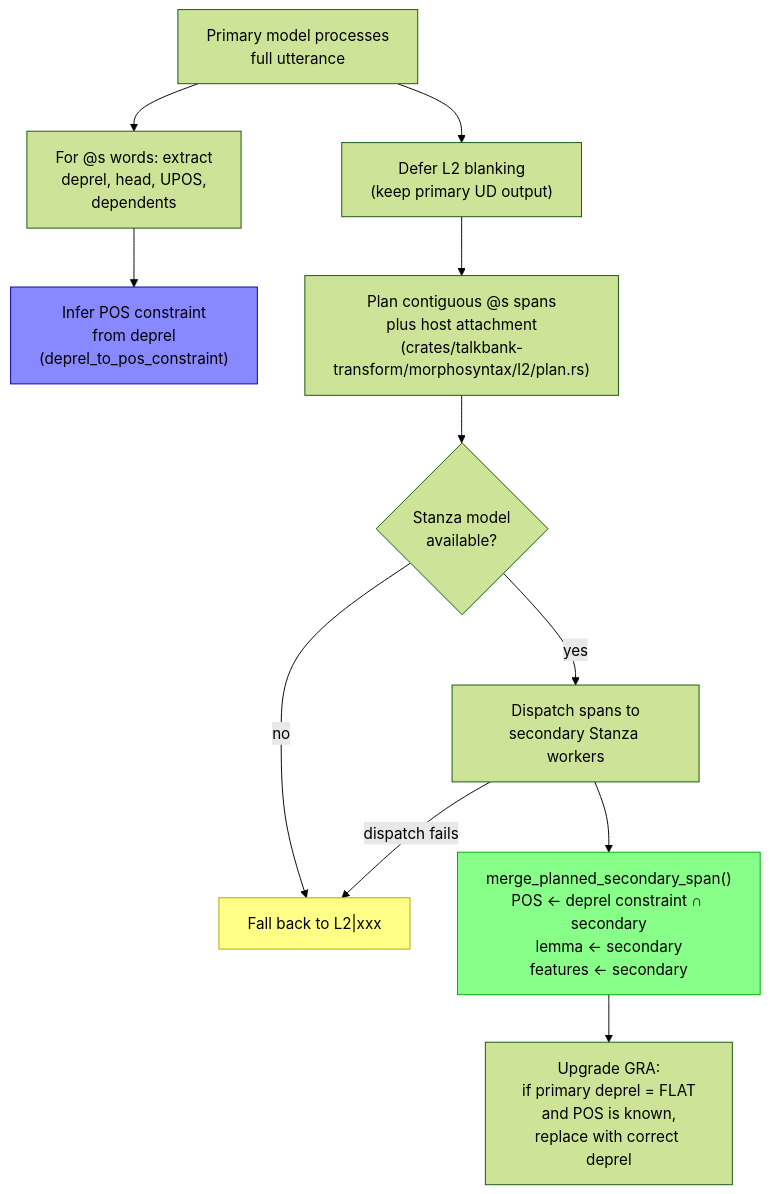
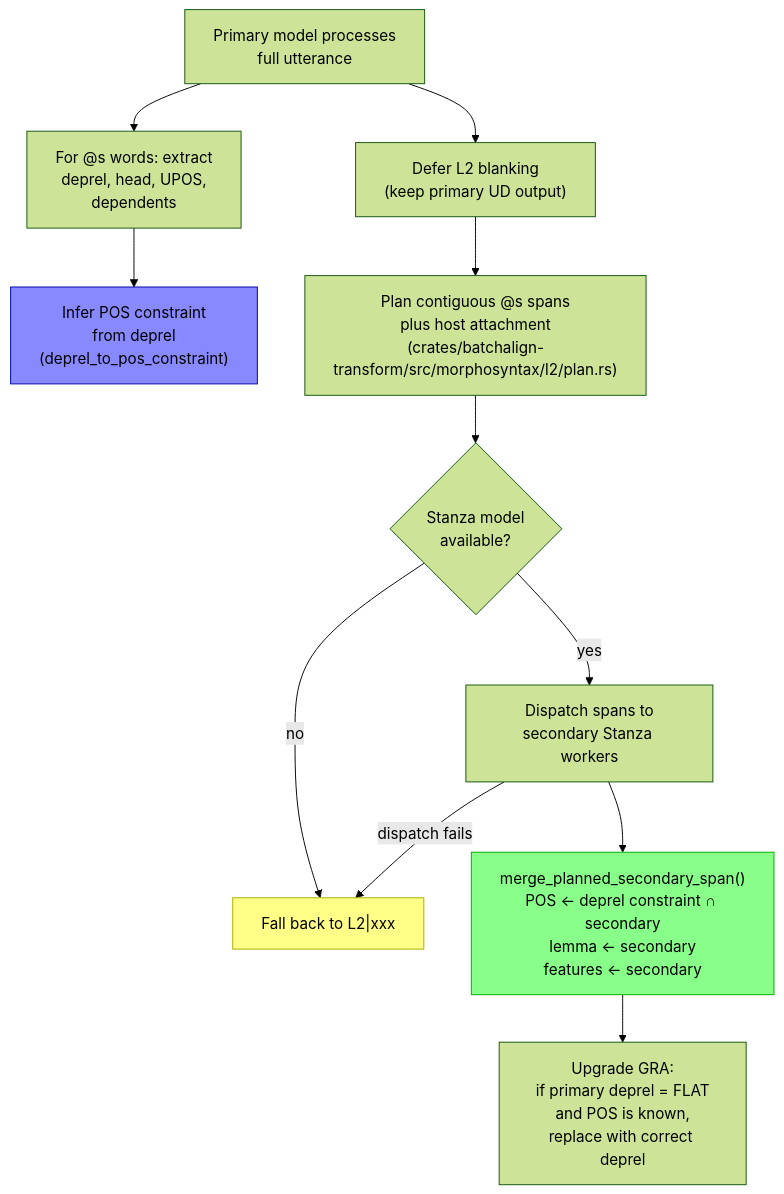
Before and after one commit to TalkBank/talkbank-tools: the third of 4 diagrams in book/src/batchalign/reference/l2-morphotag.md, drawn with Mermaid (forest theme). The commit also changed other lines of this file and 66 other files, not shown here.

````diff
--- a/book/src/batchalign/reference/l2-morphotag.md
+++ b/book/src/batchalign/reference/l2-morphotag.md
@@ -237,17 +237,17 @@
 ```mermaid
 flowchart TD
     A["Primary model processes\nfull utterance"] --> B["For @s words: extract\ndeprel, head, UPOS,\ndependents"]
     B --> C["Infer POS constraint\nfrom deprel\n(deprel_to_pos_constraint)"]
     A --> D["Defer L2 blanking\n(keep primary UD output)"]
-    D --> E["Plan contiguous @s spans\nplus host attachment\n(crates/talkbank-transform/morphosyntax/l2/plan.rs)"]
+    D --> E["Plan contiguous @s spans\nplus host attachment\n(crates/batchalign-transform/src/morphosyntax/l2/plan.rs)"]
     E --> F{"Stanza model\navailable?"}
     F -->|"yes"| G["Dispatch spans to\nsecondary Stanza workers"]
     F -->|"no"| H["Fall back to L2|xxx"]
     G --> I["merge_planned_secondary_span()\nPOS ← deprel constraint ∩ secondary\nlemma ← secondary\nfeatures ← secondary"]
     G -->|"dispatch fails"| H
     I --> J["Upgrade GRA:\nif primary deprel = FLAT\nand POS is known,\nreplace with correct deprel"]
 
     style I fill:#8f8,stroke:#0a0
     style H fill:#ff8,stroke:#aa0
     style C fill:#88f,stroke:#00a
 ```
````
